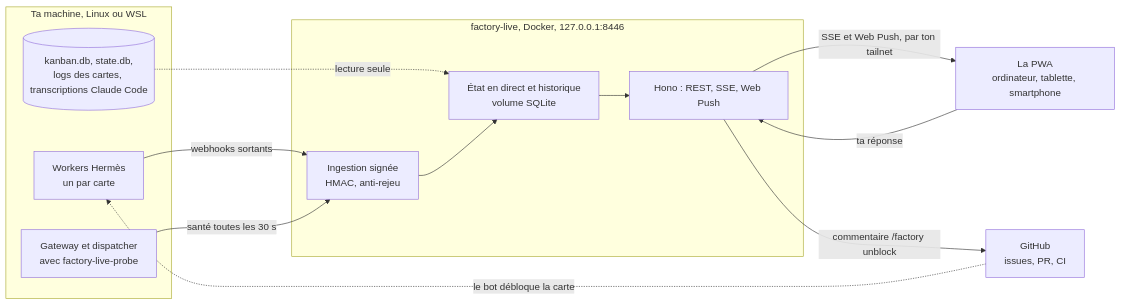
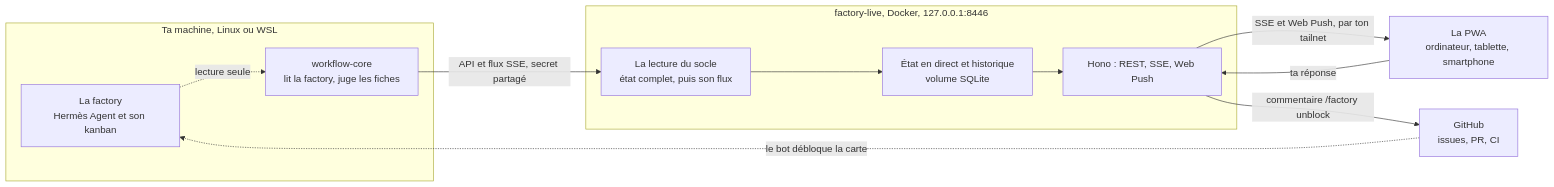
The diagram in README.fr.md (code-my-life/factory-live), drawn with Mermaid before and after one commit. The commit also changed other lines of this file and 230 other files, not shown here.

````diff
--- a/README.fr.md
+++ b/README.fr.md
@@ -107,23 +107,21 @@
 ```mermaid
 flowchart LR
   subgraph host["Ta machine, Linux ou WSL"]
-    W["Workers Hermès<br/>un par carte"]
-    G["Gateway et dispatcher<br/>avec factory-live-probe"]
-    D[("kanban.db, state.db,<br/>logs des cartes, transcriptions Claude Code")]
+    H["La factory<br/>Hermès Agent et son kanban"]
+    C["workflow-core<br/>lit la factory, juge les fiches"]
   end
   subgraph box["factory-live, Docker, 127.0.0.1:8446"]
-    I["Ingestion signée<br/>HMAC, anti-rejeu"]
+    R["La lecture du socle<br/>état complet, puis son flux"]
     S["État en direct et historique<br/>volume SQLite"]
     A["Hono : REST, SSE, Web Push"]
   end
   P["La PWA<br/>ordinateur, tablette, smartphone"]
   GH["GitHub<br/>issues, PR, CI"]
-  W -- "webhooks sortants" --> I
-  G -- "santé toutes les 30 s" --> I
-  D -. "lecture seule" .-> S
-  I --> S --> A
+  H -. "lecture seule" .-> C
+  C -- "API et flux SSE, secret partagé" --> R
+  R --> S --> A
   A -- "SSE et Web Push, par ton tailnet" --> P
   P -- "ta réponse" --> A
   A -- "commentaire /factory unblock" --> GH
-  GH -. "le bot débloque la carte" .-> W
+  GH -. "le bot débloque la carte" .-> H
 ```
````
